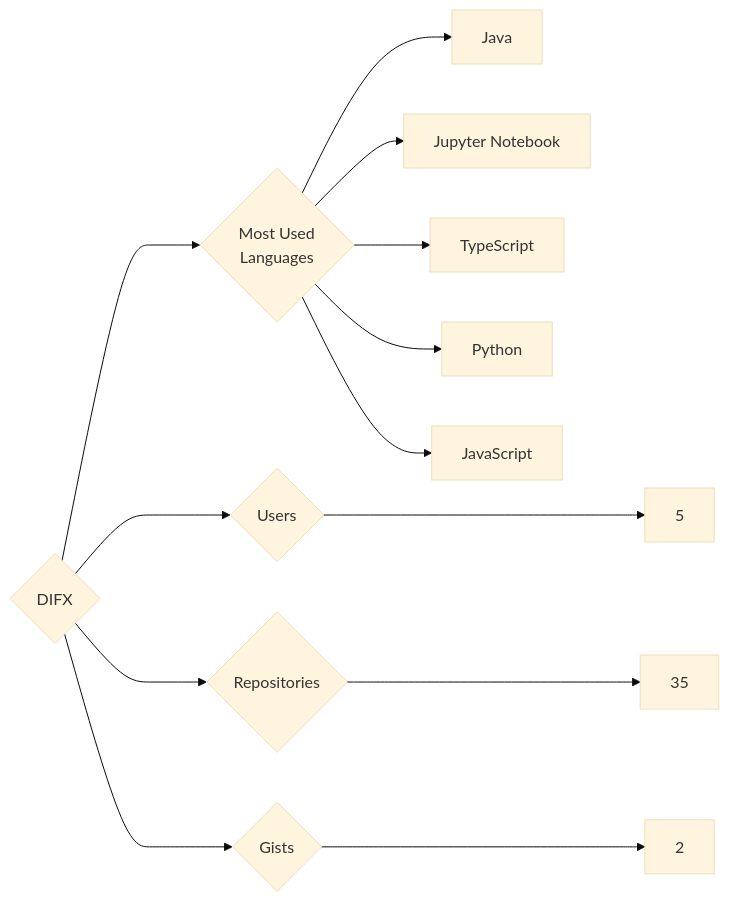
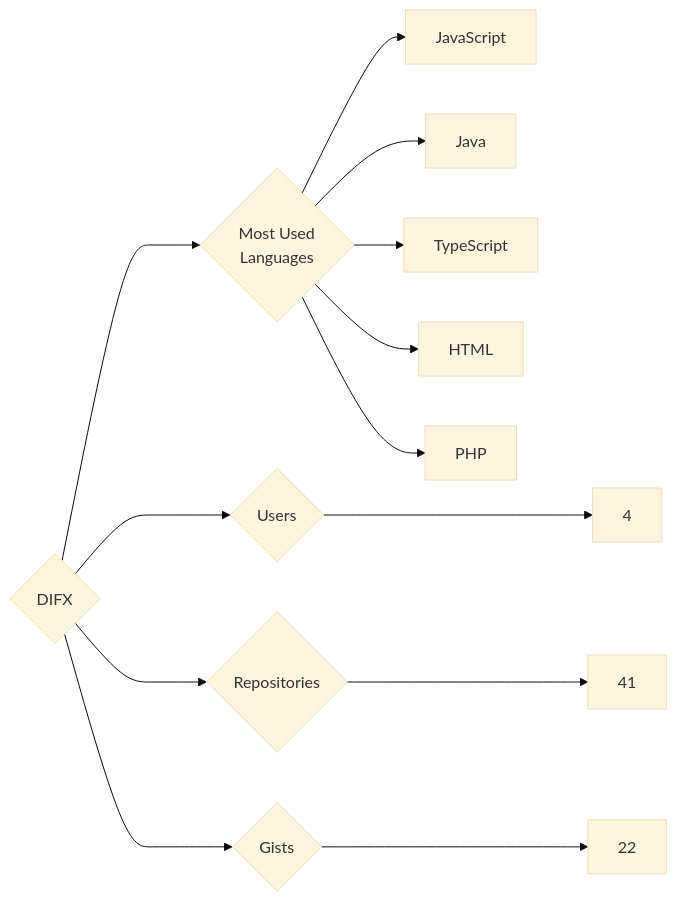
The diagram in targets/DIFX/README.md (trickest/insiders), drawn with Mermaid (base theme) before and after one commit. The commit also changed 993 other files, not shown here.

````diff
--- a/targets/DIFX/README.md
+++ b/targets/DIFX/README.md
@@ -3,13 +3,13 @@
 ```mermaid
 graph LR
 COMPANY_NAME{DIFX}
-COMPANY_NAME ---> U{Users} ---> UN[5]
-COMPANY_NAME ---> R{Repositories} ---> RN[35]
-COMPANY_NAME ---> G{Gists} ---> GN[2]
+COMPANY_NAME ---> U{Users} ---> UN[4]
+COMPANY_NAME ---> R{Repositories} ---> RN[41]
+COMPANY_NAME ---> G{Gists} ---> GN[22]
 COMPANY_NAME ---> ML{Most Used<br>Languages}
+ML --> JavaScript[JavaScript]
 ML --> Java[Java]
-ML --> Jupyter_Notebook[Jupyter Notebook]
 ML --> TypeScript[TypeScript]
-ML --> Python[Python]
-ML --> JavaScript[JavaScript]
+ML --> HTML[HTML]
+ML --> PHP[PHP]
 ```
````
